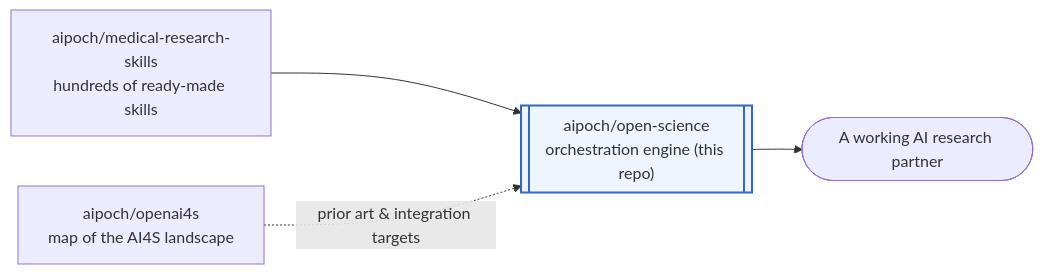
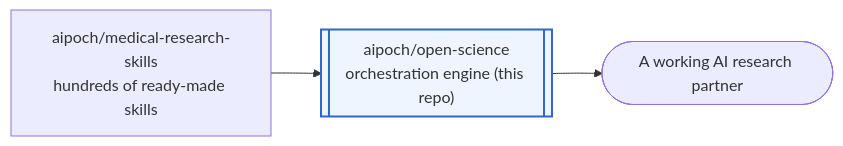
Before and after one commit to roxi3906/open-science: the fourth of 5 diagrams in README.md, drawn with Mermaid. The commit also changed other lines of this file, not shown here.

Commit message:
Remove all references to the retired openai4s project

````diff
--- a/README.md
+++ b/README.md
@@ -192,8 +192,7 @@
 ```mermaid
 flowchart LR
     Skills["aipoch/medical-research-skills<br/>hundreds of ready-made skills"] --> Core
-    Index["aipoch/openai4s<br/>map of the AI4S landscape"] -.->|prior art & integration targets| Core
     Core[["aipoch/open-science<br/>orchestration engine (this repo)"]] --> Output(["A working AI research partner"])
 
     style Core fill:#eef5ff,stroke:#3366cc,stroke-width:2px
 ```
````
